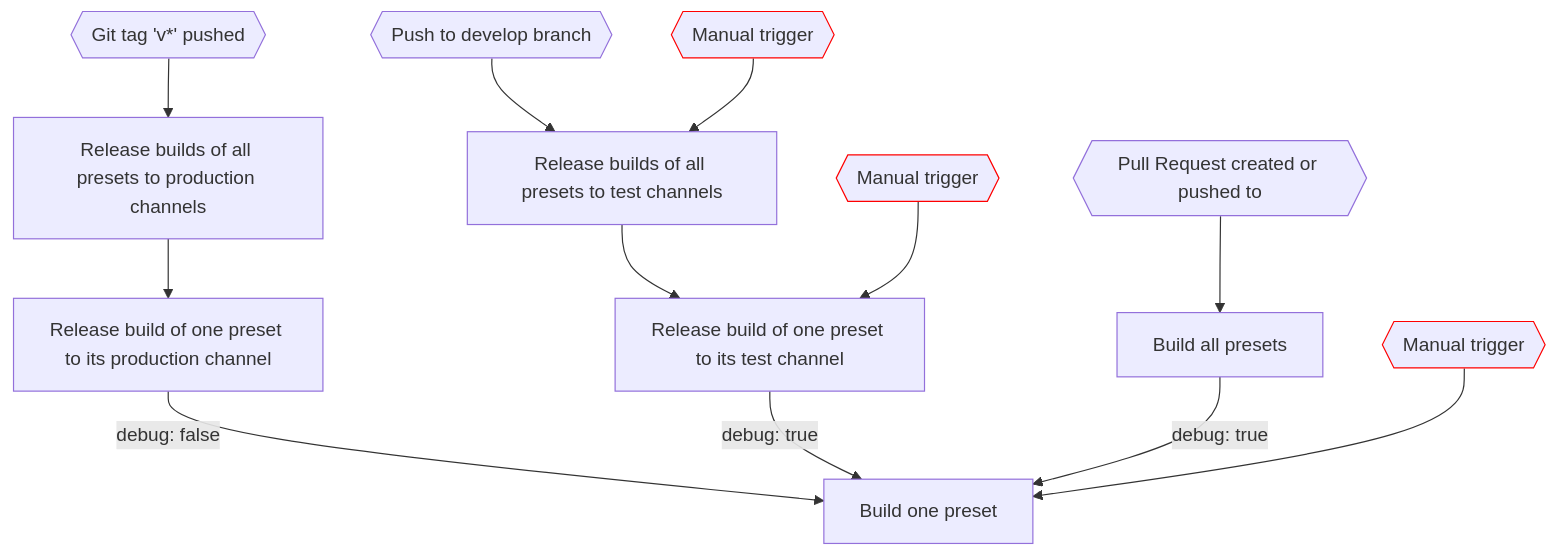
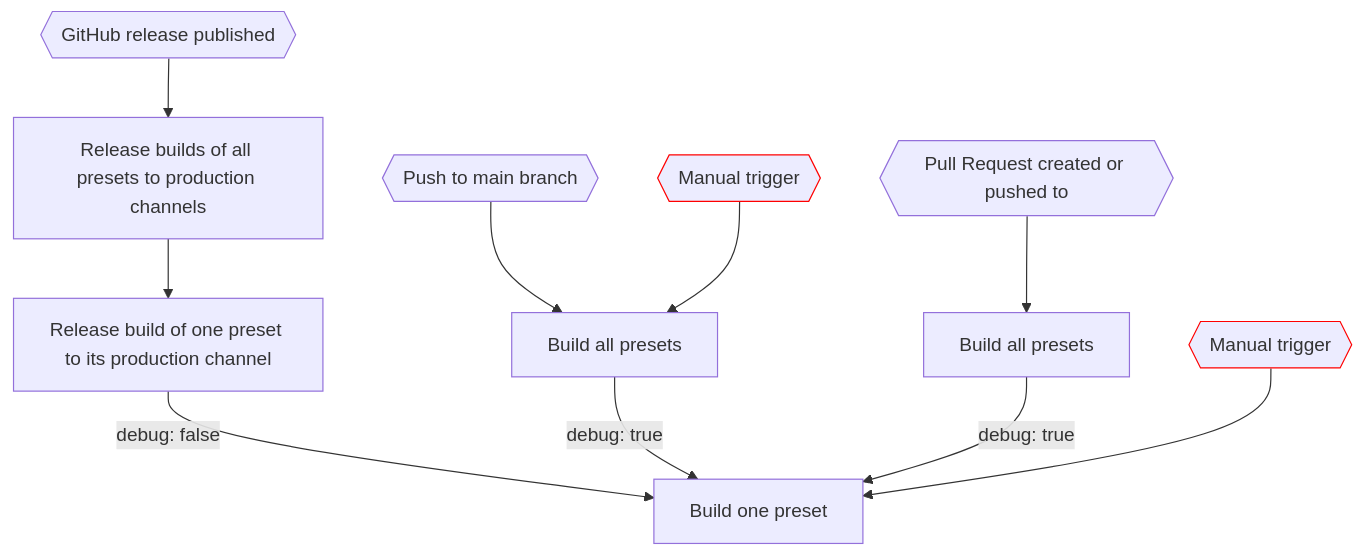
One commit to shapeshiftingrabbits/godot-4-project-template changed the diagram in README.md. Above: the diagram before and after it, drawn with Mermaid.

Commit message:
Update diagram

````diff
--- a/README.md
+++ b/README.md
@@ -28,33 +28,29 @@
 ```mermaid
 flowchart TB
     classDef todo stroke:#f00
     classDef in_progress stroke:#770
 
-    tag_push{{"Git tag 'v*' pushed"}}
+    github_release_trigger{{"GitHub release published"}}
     release_production_all["Release builds of all presets to production channels"]
     release_production_one["Release build of one preset to its production channel"]
 
     release_qa_all_manual_trigger{{"Manual trigger"}}:::todo
-    release_qa_all["Release builds of all presets to test channels"]
-
-    release_qa_one_manual_trigger{{"Manual trigger"}}:::todo
-    release_qa_one["Release build of one preset to its test channel"]
+    release_qa_all["Build all presets"]
 
     pull_request_trigger{{"Pull Request created or pushed to"}}
-    develop_branch_trigger{{"Push to develop branch"}}
+    main_branch_trigger{{"Push to main branch"}}
     build_all["Build all presets"]
 
     build_manual_trigger{{"Manual trigger"}}:::todo
     build_one["Build one preset"]
 
     release_production_all --> release_production_one -- debug: false --> build_one
-    release_qa_all --> release_qa_one -- debug: true --> build_one
+    release_qa_all -- debug: true --> build_one
 
-    tag_push --> release_production_all
-    develop_branch_trigger --> release_qa_all
+    github_release_trigger --> release_production_all
+    main_branch_trigger --> release_qa_all
     release_qa_all_manual_trigger --> release_qa_all
-    release_qa_one_manual_trigger --> release_qa_one
     pull_request_trigger --> build_all
     build_all -- debug: true --> build_one
     build_manual_trigger --> build_one
 ```
````
